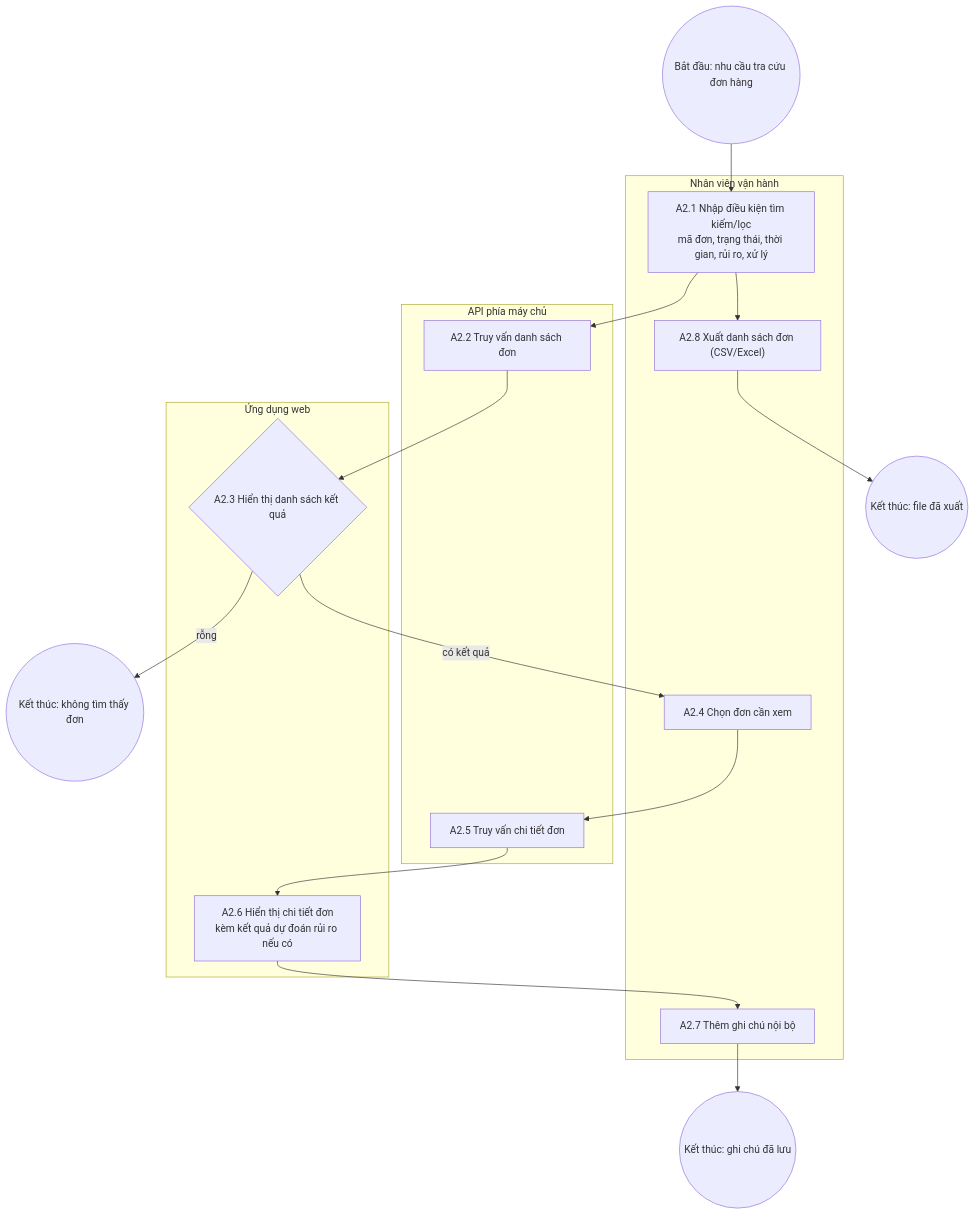
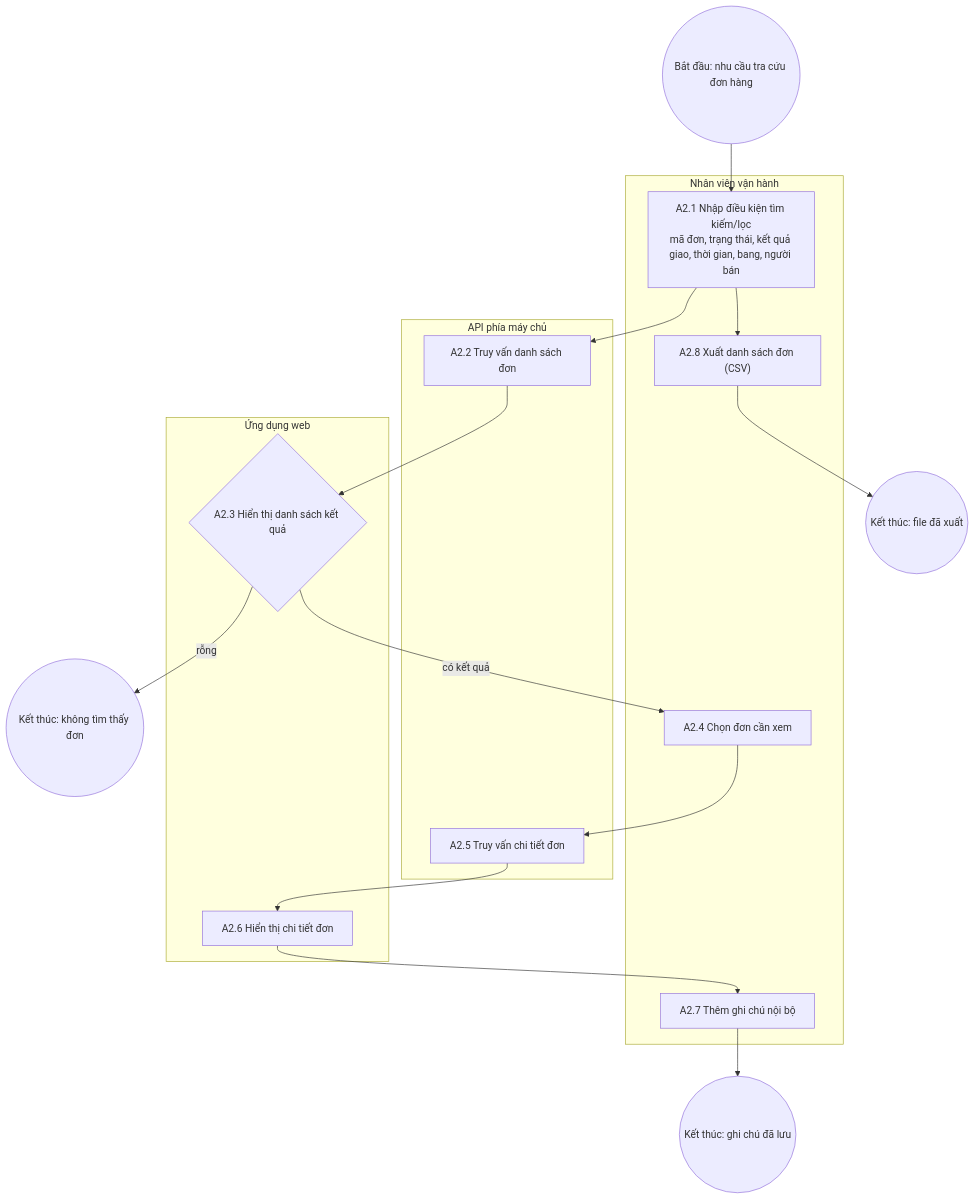
Before and after one commit to anthinh-io/shipguard: the second of 3 diagrams in docs/business-process-analysis.md, drawn with Mermaid. The commit also changed other lines of this file, not shown here.

````diff
--- a/docs/business-process-analysis.md
+++ b/docs/business-process-analysis.md
@@ -109,27 +109,27 @@
 ```mermaid
 flowchart TD
     Start2((Bắt đầu: nhu cầu tra cứu đơn hàng)) --> A2_1
 
     subgraph NV[Nhân viên vận hành]
-        A2_1["A2.1 Nhập điều kiện tìm kiếm/lọc<br/>mã đơn, trạng thái, thời gian, rủi ro, xử lý"]
+        A2_1["A2.1 Nhập điều kiện tìm kiếm/lọc<br/>mã đơn, trạng thái, kết quả giao, thời gian, bang, người bán"]
         A2_4[A2.4 Chọn đơn cần xem]
         A2_7[A2.7 Thêm ghi chú nội bộ]
-        A2_8["A2.8 Xuất danh sách đơn (CSV/Excel)"]
+        A2_8["A2.8 Xuất danh sách đơn (CSV)"]
     end
 
     subgraph SRV2[API phía máy chủ]
         A2_2[A2.2 Truy vấn danh sách đơn]
         A2_5[A2.5 Truy vấn chi tiết đơn]
     end
 
     subgraph WEB2[Ứng dụng web]
         A2_3{A2.3 Hiển thị danh sách kết quả}
-        A2_6["A2.6 Hiển thị chi tiết đơn<br/>kèm kết quả dự đoán rủi ro nếu có"]
+        A2_6["A2.6 Hiển thị chi tiết đơn"]
     end
 
     A2_1 --> A2_2 --> A2_3
     A2_3 -->|rỗng| NotFound((Kết thúc: không tìm thấy đơn))
     A2_3 -->|có kết quả| A2_4 --> A2_5 --> A2_6
     A2_6 --> A2_7 --> EndNote((Kết thúc: ghi chú đã lưu))
     A2_1 --> A2_8 --> EndExport((Kết thúc: file đã xuất))
 ```
````
